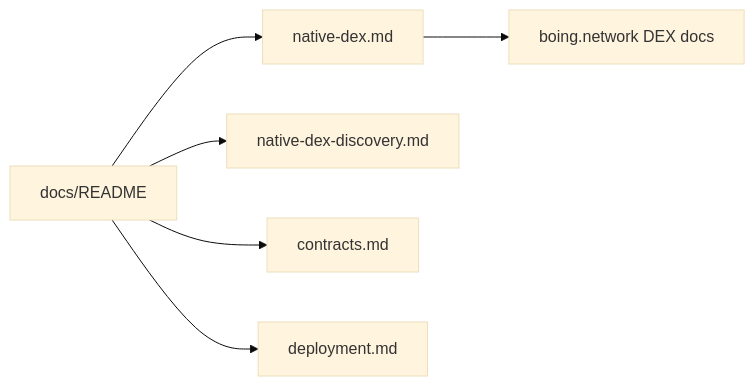
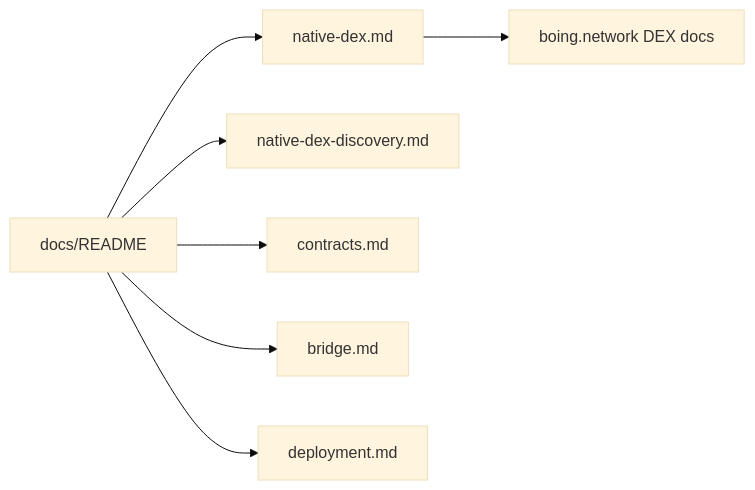
One commit to Boing-Network/boing.finance changed the diagram in docs/README.md. Above: the diagram before and after it, drawn with Mermaid (base theme). The commit also changed other lines of this file and 20 other files, not shown here.

````diff
--- a/docs/README.md
+++ b/docs/README.md
@@ -7,8 +7,9 @@
 ```mermaid
 flowchart LR
   Index[docs/README] --> Native[native-dex.md]
   Index --> Discover[native-dex-discovery.md]
   Index --> EVM[contracts.md]
+  Index --> Bridge[bridge.md]
   Index --> Deploy[deployment.md]
   Native --> Protocol[boing.network DEX docs]
 ```
````
